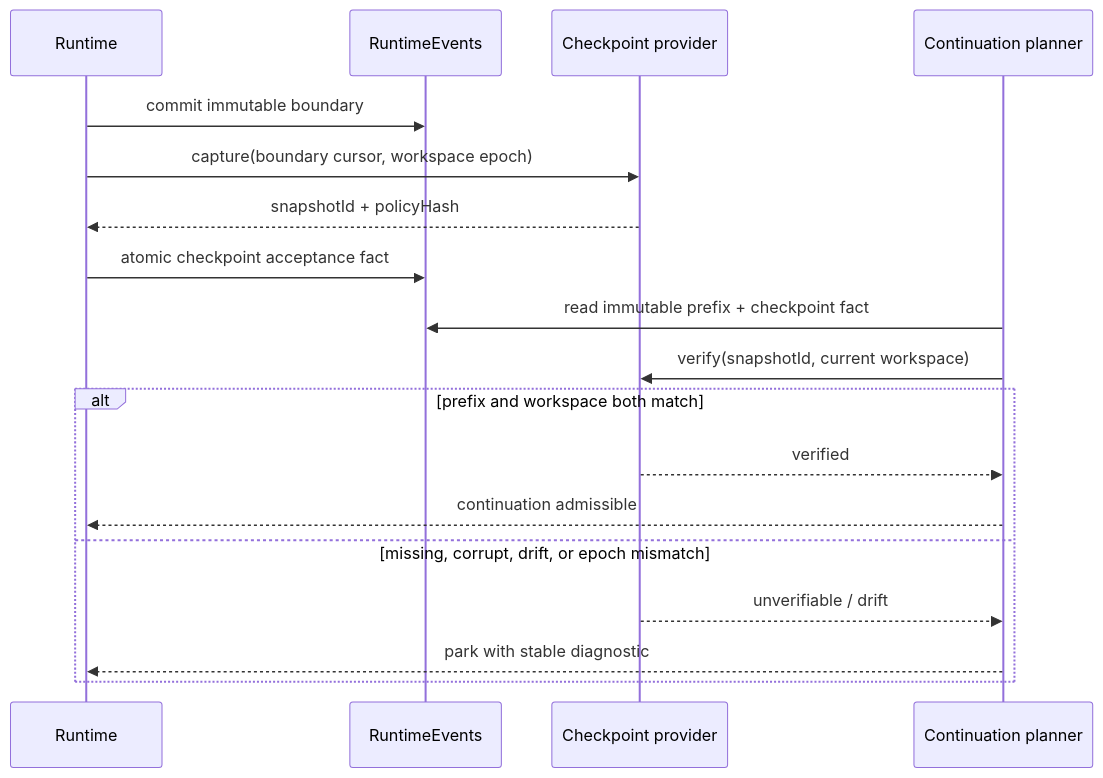
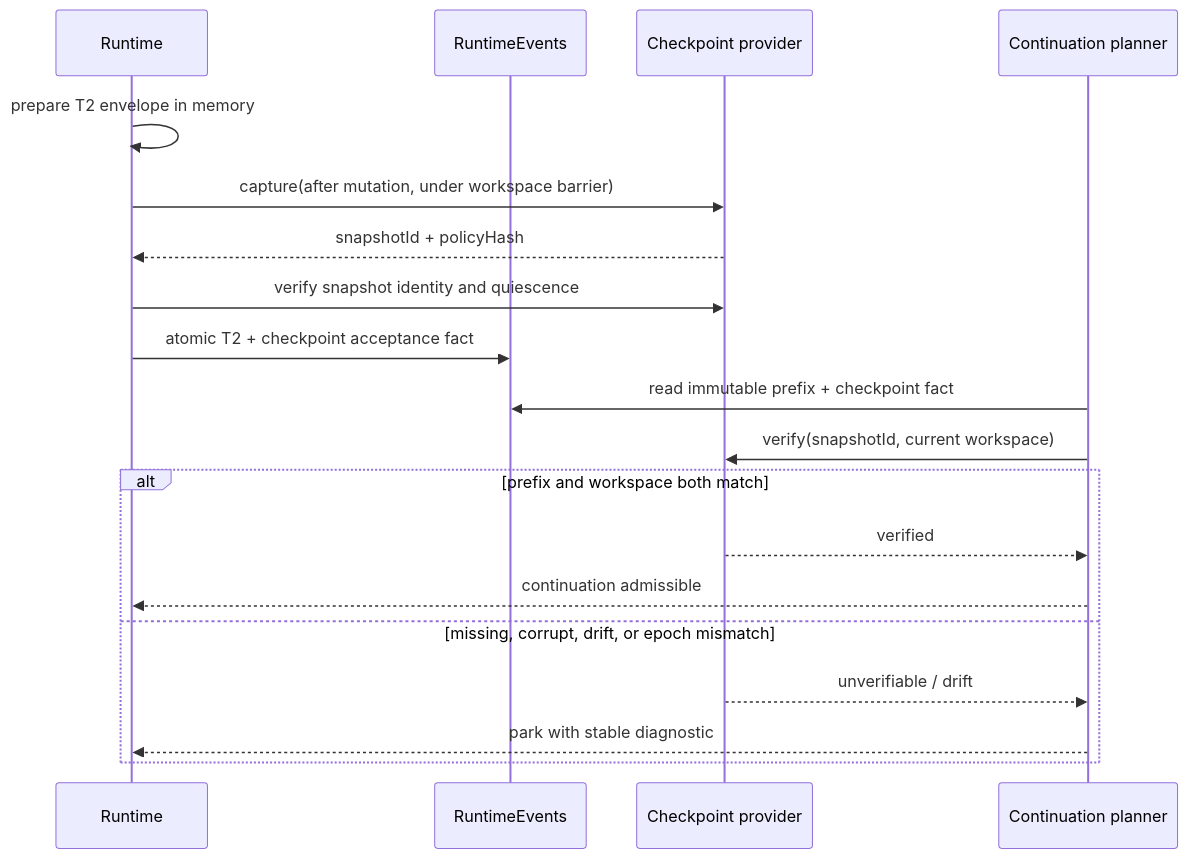
Before and after one commit to zhiiw/maka-agent: the fifth of 5 diagrams in docs/architecture/runtime-resume-phase3-phase4-workspace-checkpoint-design.zh-CN.md, drawn with Mermaid. The commit also changed other lines of this file and 1 other file, not shown here.

Commit message:
docs(runtime): harden phase 3 recovery roadmap

````diff
--- a/docs/architecture/runtime-resume-phase3-phase4-workspace-checkpoint-design.zh-CN.md
+++ b/docs/architecture/runtime-resume-phase3-phase4-workspace-checkpoint-design.zh-CN.md
@@ -467,21 +660,22 @@
 ```mermaid
 sequenceDiagram
     participant R as Runtime
     participant E as RuntimeEvents
     participant C as Checkpoint provider
     participant P as Continuation planner
 
-    R->>E: commit immutable boundary
-    R->>C: capture(boundary cursor, workspace epoch)
+    R->>R: prepare T2 envelope in memory
+    R->>C: capture(after mutation, under workspace barrier)
     C-->>R: snapshotId + policyHash
-    R->>E: atomic checkpoint acceptance fact
+    R->>C: verify snapshot identity and quiescence
+    R->>E: atomic T2 + checkpoint acceptance fact
     P->>E: read immutable prefix + checkpoint fact
     P->>C: verify(snapshotId, current workspace)
     alt prefix and workspace both match
         C-->>P: verified
         P-->>R: continuation admissible
     else missing, corrupt, drift, or epoch mismatch
         C-->>P: unverifiable / drift
         P-->>R: park with stable diagnostic
     end
 ```
````
